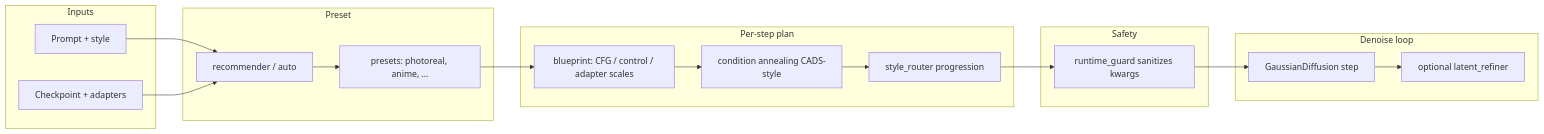
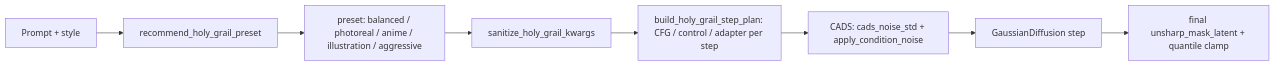
The diagram in docs/HOLY_GRAIL_OVERVIEW.md (Llunarstack/sdx), drawn with Mermaid before and after one commit. The commit also changed other lines of this file and 1147 other files, not shown here.

````diff
--- a/docs/HOLY_GRAIL_OVERVIEW.md
+++ b/docs/HOLY_GRAIL_OVERVIEW.md
@@ -9,32 +9,10 @@
 ```mermaid
 flowchart LR
-  subgraph inputs [Inputs]
-    P[Prompt + style]
-    M[Checkpoint + adapters]
-  end
-  subgraph choose [Preset]
-    R[recommender / auto]
-    PR[presets: photoreal, anime, ...]
-  end
-  subgraph plan [Per-step plan]
-    B[blueprint: CFG / control / adapter scales]
-    C[condition annealing CADS-style]
-    S[style_router progression]
-  end
-  subgraph guard [Safety]
-    RG[runtime_guard sanitizes kwargs]
-  end
-  subgraph loop [Denoise loop]
-    D[GaussianDiffusion step]
-    LR[optional latent_refiner]
-  end
-  P --> R
-  M --> R
-  R --> PR
-  PR --> B
-  B --> C
-  C --> S
-  S --> RG
-  RG --> D
-  D --> LR
+  P[Prompt + style] --> R[recommend_holy_grail_preset]
+  R --> PR[preset: balanced / photoreal / anime / illustration / aggressive]
+  PR --> G[sanitize_holy_grail_kwargs]
+  G --> B[build_holy_grail_step_plan: CFG / control / adapter per step]
+  B --> C[CADS: cads_noise_std + apply_condition_noise]
+  C --> D[GaussianDiffusion step]
+  D --> F[final unsharp_mask_latent + quantile clamp]
 ```
````
